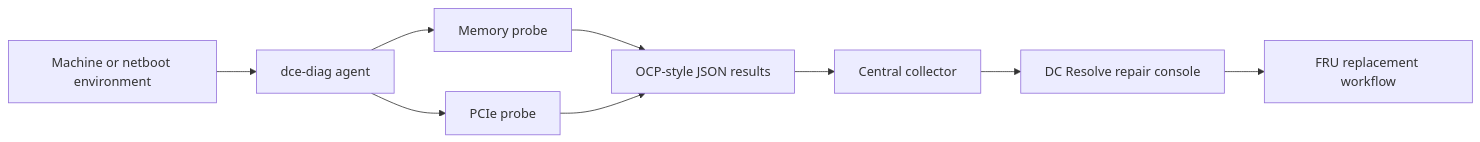
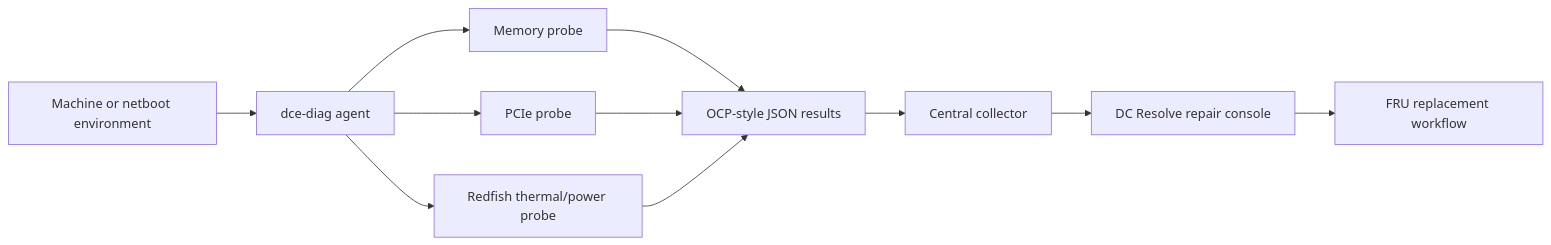
The diagram in README.md (perry-holloway/dc-resolve), drawn with Mermaid before and after one commit. The commit also changed other lines of this file and 12 other files, not shown here.

````diff
--- a/README.md
+++ b/README.md
@@ -27,11 +31,13 @@
 ```mermaid
 flowchart LR
     A["Machine or netboot environment"] --> B["dce-diag agent"]
     B --> C["Memory probe"]
     B --> D["PCIe probe"]
+    B --> T["Redfish thermal/power probe"]
     C --> E["OCP-style JSON results"]
     D --> E
+    T --> E
     E --> F["Central collector"]
     F --> G["DC Resolve repair console"]
     G --> H["FRU replacement workflow"]
 ```
````
